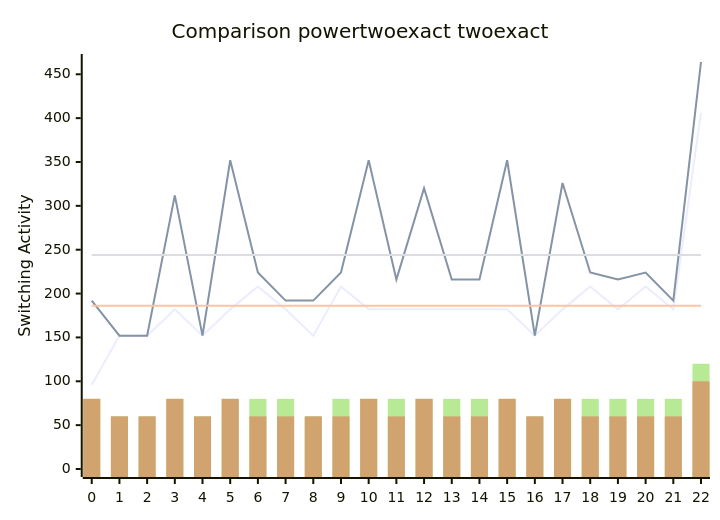
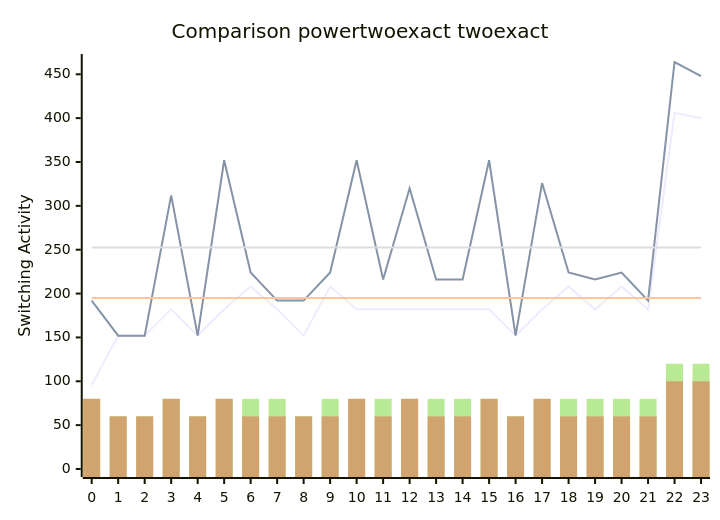
Before and after one commit to FeldmeierMichael/Exact-Power-Synthesis: the diagram in benchmark.md, drawn with Mermaid. The commit also changed other lines of this file and 2 other files, not shown here.

````diff
--- a/benchmark.md
+++ b/benchmark.md
@@ -47,12 +49,12 @@
 ```mermaid
 xychart-beta
     title "Comparison powertwoexact twoexact"
-    x-axis [0, 1, 2, 3, 4, 5, 6, 7, 8, 9, 10, 11, 12, 13, 14, 15, 16, 17, 18, 19, 20, 21, 22]
+    x-axis [0, 1, 2, 3, 4, 5, 6, 7, 8, 9, 10, 11, 12, 13, 14, 15, 16, 17, 18, 19, 20, 21, 22, 23]
     y-axis "Switching Activity" 0-->464
-    line [96, 152, 152, 182, 152, 182, 208, 182, 152, 208, 182, 182, 182, 182, 182, 182, 152, 182, 208, 182, 208, 182, 406]
-    line [192, 152, 152, 312, 152, 352, 224, 192, 192, 224, 352, 216, 320, 216, 216, 352, 152, 326, 224, 216, 224, 192, 464]
-    line [186.0, 186.0, 186.0, 186.0, 186.0, 186.0, 186.0, 186.0, 186.0, 186.0, 186.0, 186.0, 186.0, 186.0, 186.0, 186.0, 186.0, 186.0, 186.0, 186.0, 186.0, 186.0, 186.0]
-    line [244.08695652173913, 244.08695652173913, 244.08695652173913, 244.08695652173913, 244.08695652173913, 244.08695652173913, 244.08695652173913, 244.08695652173913, 244.08695652173913, 244.08695652173913, 244.08695652173913, 244.08695652173913, 244.08695652173913, 244.08695652173913, 244.08695652173913, 244.08695652173913, 244.08695652173913, 244.08695652173913, 244.08695652173913, 244.08695652173913, 244.08695652173913, 244.08695652173913, 244.08695652173913]
-    bar [80, 60, 60, 80, 60, 80, 80, 80, 60, 80, 80, 80, 80, 80, 80, 80, 60, 80, 80, 80, 80, 80, 120]
-    bar [80, 60, 60, 80, 60, 80, 60, 60, 60, 60, 80, 60, 80, 60, 60, 80, 60, 80, 60, 60, 60, 60, 100]
+    line [96, 152, 152, 182, 152, 182, 208, 182, 152, 208, 182, 182, 182, 182, 182, 182, 152, 182, 208, 182, 208, 182, 406, 400]
+    line [192, 152, 152, 312, 152, 352, 224, 192, 192, 224, 352, 216, 320, 216, 216, 352, 152, 326, 224, 216, 224, 192, 464, 448]
+    line [194.91666666666666, 194.91666666666666, 194.91666666666666, 194.91666666666666, 194.91666666666666, 194.91666666666666, 194.91666666666666, 194.91666666666666, 194.91666666666666, 194.91666666666666, 194.91666666666666, 194.91666666666666, 194.91666666666666, 194.91666666666666, 194.91666666666666, 194.91666666666666, 194.91666666666666, 194.91666666666666, 194.91666666666666, 194.91666666666666, 194.91666666666666, 194.91666666666666, 194.91666666666666, 194.91666666666666]
+    line [252.58333333333334, 252.58333333333334, 252.58333333333334, 252.58333333333334, 252.58333333333334, 252.58333333333334, 252.58333333333334, 252.58333333333334, 252.58333333333334, 252.58333333333334, 252.58333333333334, 252.58333333333334, 252.58333333333334, 252.58333333333334, 252.58333333333334, 252.58333333333334, 252.58333333333334, 252.58333333333334, 252.58333333333334, 252.58333333333334, 252.58333333333334, 252.58333333333334, 252.58333333333334, 252.58333333333334]
+    bar [80, 60, 60, 80, 60, 80, 80, 80, 60, 80, 80, 80, 80, 80, 80, 80, 60, 80, 80, 80, 80, 80, 120, 120]
+    bar [80, 60, 60, 80, 60, 80, 60, 60, 60, 60, 80, 60, 80, 60, 60, 80, 60, 80, 60, 60, 60, 60, 100, 100]
 ```
````
